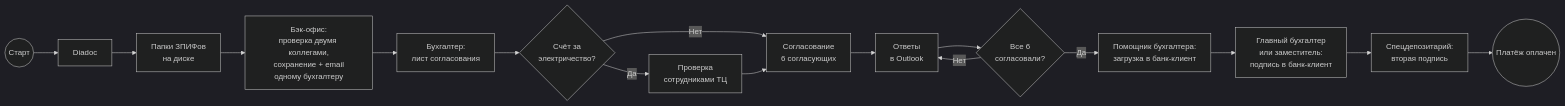
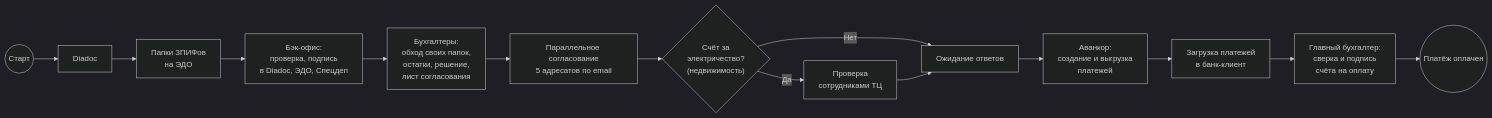
The second of 3 diagrams in 2.1 Маршруты Документов - входящий Счет на оплату.md (botclaw1983/veles), drawn with Mermaid (dark theme) before and after one commit. The commit also changed other lines of this file and 5405 other files, not shown here.

````diff
--- a/2.1 Маршруты Документов - входящий Счет на оплату.md
+++ b/2.1 Маршруты Документов - входящий Счет на оплату.md
@@ -118,18 +179,16 @@
 ```mermaid
 flowchart LR
     A((Старт)) --> B["Diadoc"]
-    B --> C["Папки ЗПИФов<br/>на диске"]
-    C --> BO["Бэк-офис:<br/>проверка двумя коллегами,<br/>сохранение + email<br/>одному бухгалтеру"]
-    BO --> D["Бухгалтер:<br/>лист согласования"]
-    D --> E{"Счёт за<br/>электричество?"}
-    E -->|Да| F["Проверка<br/>сотрудниками ТЦ"]
-    E -->|Нет| G
-    F --> G["Согласование<br/>6 согласующих"]
-    G --> H["Ответы<br/>в Outlook"]
-    H --> I{"Все 6<br/>согласовали?"}
-    I -->|Нет| H
-    I -->|Да| J["Помощник бухгалтера:<br/>загрузка в банк-клиент"]
-    J --> K["Главный бухгалтер<br/>или заместитель:<br/>подпись в банк-клиент"]
-    K --> SD["Спецдепозитарий:<br/>вторая подпись"]
-    SD --> L(("Платёж оплачен"))
+    B --> C["Папки ЗПИФов<br/>на ЭДО"]
+    C --> BO["Бэк-офис:<br/>проверка, подпись<br/>в Diadoc, ЭДО, Спецдеп"]
+    BO --> D["Бухгалтеры:<br/>обход своих папок,<br/>остатки, решение,<br/>лист согласования"]
+    D --> G["Параллельное согласование<br/>5 адресатов по email"]
+    G --> RE{"Счёт за<br/>электричество?<br/>(недвижимость)"}
+    RE -->|Да| F["Проверка<br/>сотрудниками ТЦ"]
+    RE -->|Нет| H
+    F --> H["Ожидание ответов"]
+    H --> AV["Аванкор:<br/>создание и выгрузка<br/>платежей"]
+    AV --> J["Загрузка платежей<br/>в банк-клиент"]
+    J --> K["Главный бухгалтер:<br/>сверка и подпись<br/>счёта на оплату"]
+    K --> L(("Платёж оплачен"))
 ```
````
